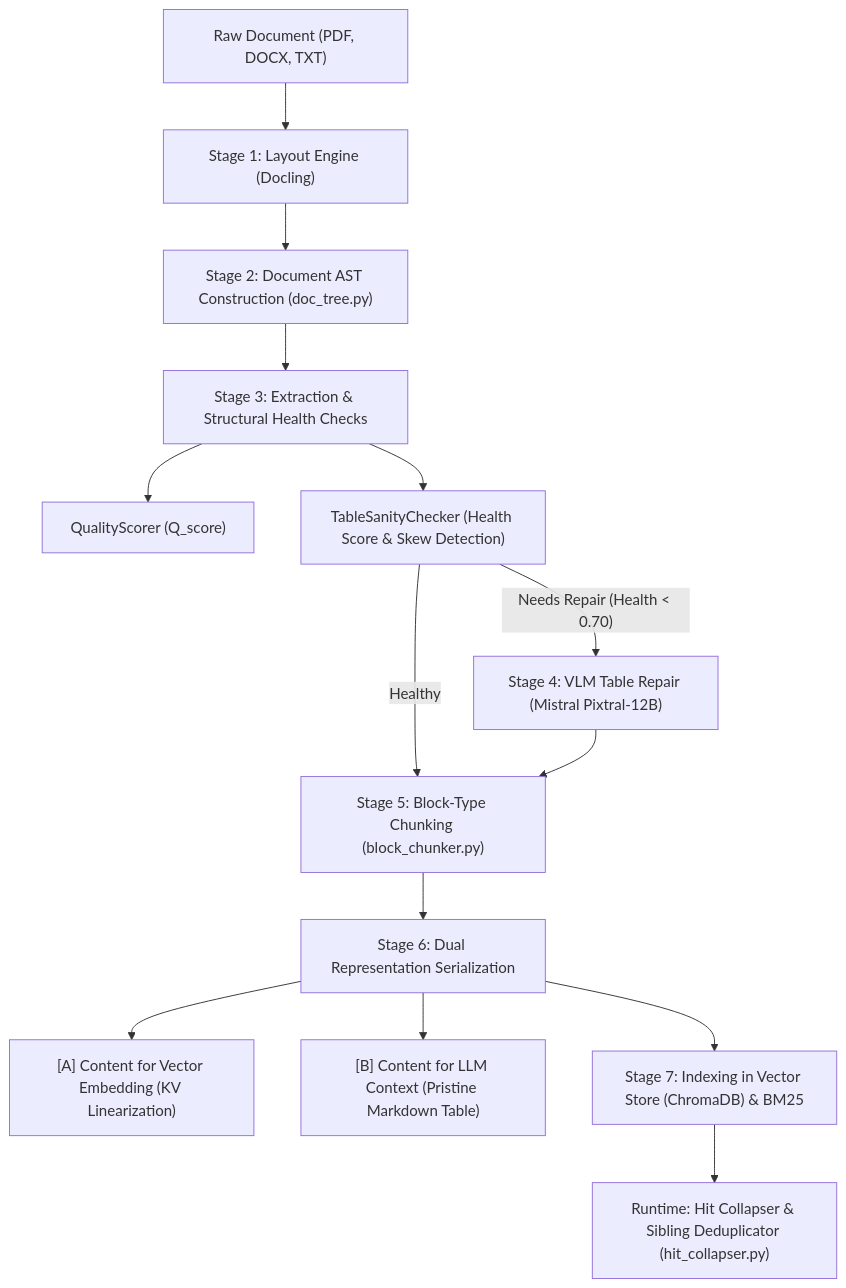
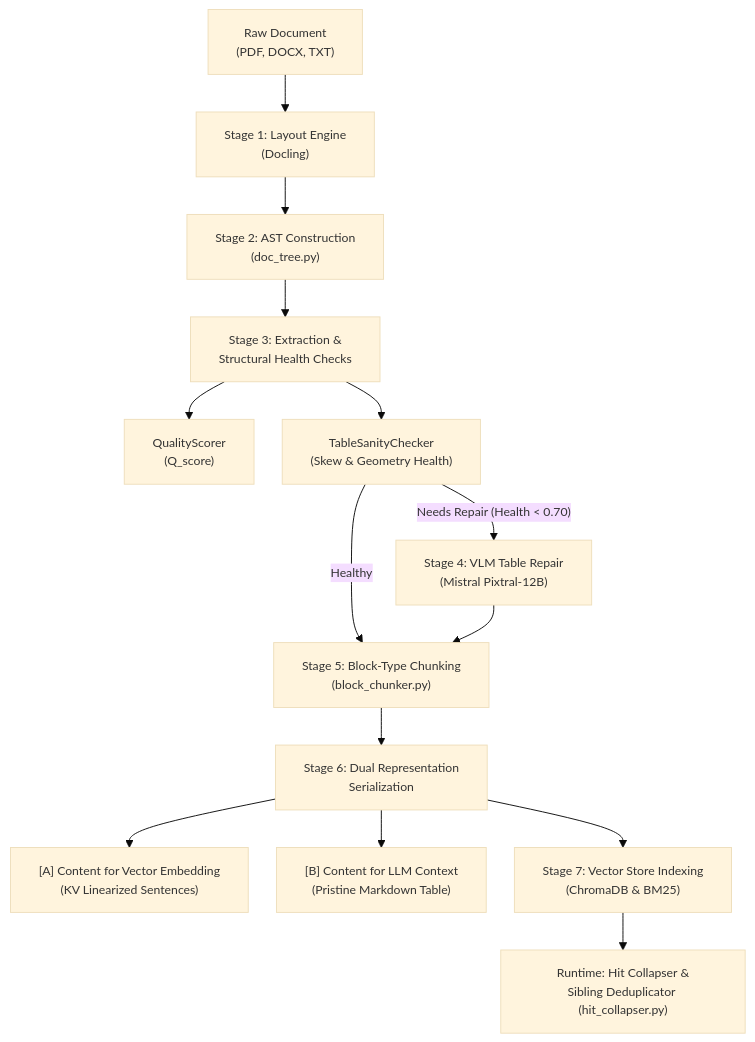
Before and after one commit to Souheil007/Rag_Full_Version: the diagram in docs/CHUNKING_AND_INGESTION_ARCHITECTURE.md, drawn with Mermaid.

Commit message:
docs: add padding directive and multiline wrapping to mermaid diagram

````diff
--- a/docs/CHUNKING_AND_INGESTION_ARCHITECTURE.md
+++ b/docs/CHUNKING_AND_INGESTION_ARCHITECTURE.md
@@ -12,16 +12,17 @@
 ```mermaid
+%%{init: {'theme': 'base', 'themeVariables': { 'fontSize': '13px' }, 'flowchart': { 'nodeSpacing': 30, 'rankSpacing': 40, 'padding': 15, 'useMaxWidth': true } } }%%
 flowchart TD
-    A["Raw Document (PDF, DOCX, TXT)"] --> B["Stage 1: Layout Engine (Docling)"]
-    B --> C["Stage 2: Document AST Construction (doc_tree.py)"]
-    C --> D["Stage 3: Extraction & Structural Health Checks"]
-    D --> D1["QualityScorer (Q_score)"]
-    D --> D2["TableSanityChecker (Health Score & Skew Detection)"]
-    D2 -->|"Needs Repair (Health < 0.70)"| E["Stage 4: VLM Table Repair (Mistral Pixtral-12B)"]
-    D2 -->|"Healthy"| F["Stage 5: Block-Type Chunking (block_chunker.py)"]
+    A["Raw Document<br/>(PDF, DOCX, TXT)"] --> B["Stage 1: Layout Engine<br/>(Docling)"]
+    B --> C["Stage 2: AST Construction<br/>(doc_tree.py)"]
+    C --> D["Stage 3: Extraction &<br/>Structural Health Checks"]
+    D --> D1["QualityScorer<br/>(Q_score)"]
+    D --> D2["TableSanityChecker<br/>(Skew & Geometry Health)"]
+    D2 -->|"Needs Repair (Health < 0.70)"| E["Stage 4: VLM Table Repair<br/>(Mistral Pixtral-12B)"]
+    D2 -->|"Healthy"| F["Stage 5: Block-Type Chunking<br/>(block_chunker.py)"]
     E --> F
-    F --> G["Stage 6: Dual Representation Serialization"]
-    G --> G1["[A] Content for Vector Embedding (KV Linearization)"]
-    G --> G2["[B] Content for LLM Context (Pristine Markdown Table)"]
-    G --> H["Stage 7: Indexing in Vector Store (ChromaDB) & BM25"]
-    H --> I["Runtime: Hit Collapser & Sibling Deduplicator (hit_collapser.py)"]
+    F --> G["Stage 6: Dual Representation<br/>Serialization"]
+    G --> G1["[A] Content for Vector Embedding<br/>(KV Linearized Sentences)"]
+    G --> G2["[B] Content for LLM Context<br/>(Pristine Markdown Table)"]
+    G --> H["Stage 7: Vector Store Indexing<br/>(ChromaDB & BM25)"]
+    H --> I["Runtime: Hit Collapser &<br/>Sibling Deduplicator (hit_collapser.py)"]
 ```
````
